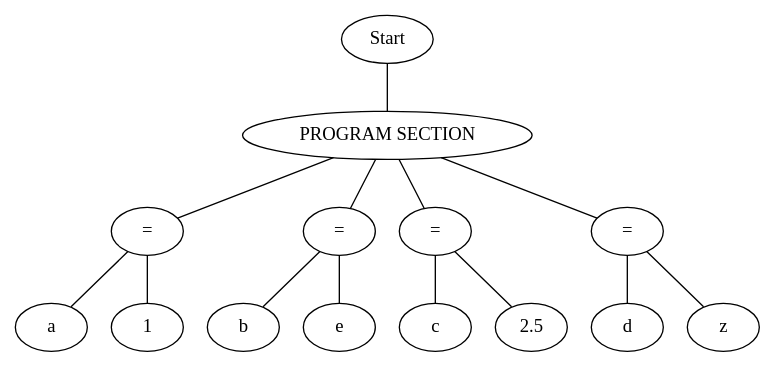
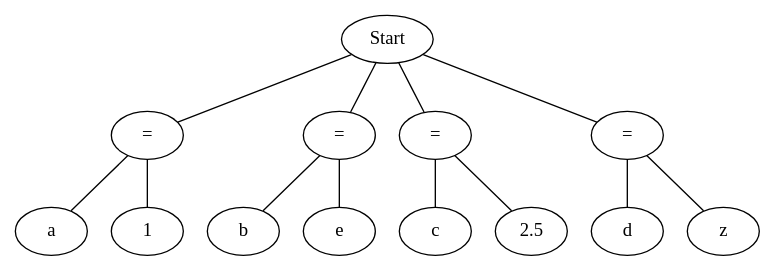
One commit to pitta1881/TEO1-Lexico changed the diagram in arbol.dot. Above: the diagram before and after it, drawn with Graphviz. The commit also changed 5 other files, not shown here.

Commit message:
remove program section node

```diff
--- a/arbol.dot
+++ b/arbol.dot
@@ -1,28 +1,26 @@
 graph G {node_start [label="Start"]
-nodo_73604635 [label="PROGRAM SECTION"]
-node_start -- nodo_73604635
-nodo_1496350681 [label="="]
-nodo_73604635 -- nodo_1496350681
-nodo_981727902 [label="a"]
-nodo_1496350681 -- nodo_981727902
-nodo_1427782106 [label="1"]
-nodo_1496350681 -- nodo_1427782106
-nodo_431382684 [label="="]
-nodo_73604635 -- nodo_431382684
-nodo_1126308548 [label="b"]
-nodo_431382684 -- nodo_1126308548
-nodo_1716539188 [label="e"]
-nodo_431382684 -- nodo_1716539188
-nodo_1644199629 [label="="]
-nodo_73604635 -- nodo_1644199629
-nodo_1209553041 [label="c"]
-nodo_1644199629 -- nodo_1209553041
-nodo_465540972 [label="2.5"]
-nodo_1644199629 -- nodo_465540972
-nodo_2138198720 [label="="]
-nodo_73604635 -- nodo_2138198720
-nodo_509980149 [label="d"]
-nodo_2138198720 -- nodo_509980149
-nodo_343140976 [label="z"]
-nodo_2138198720 -- nodo_343140976
+nodo_1620616282 [label="="]
+node_start -- nodo_1620616282
+nodo_1508167779 [label="a"]
+nodo_1620616282 -- nodo_1508167779
+nodo_2122314649 [label="1"]
+nodo_1620616282 -- nodo_2122314649
+nodo_190485095 [label="="]
+node_start -- nodo_190485095
+nodo_251741253 [label="b"]
+nodo_190485095 -- nodo_251741253
+nodo_1880746510 [label="e"]
+nodo_190485095 -- nodo_1880746510
+nodo_1903901871 [label="="]
+node_start -- nodo_1903901871
+nodo_787300685 [label="c"]
+nodo_1903901871 -- nodo_787300685
+nodo_734731193 [label="2.5"]
+nodo_1903901871 -- nodo_734731193
+nodo_339598676 [label="="]
+node_start -- nodo_339598676
+nodo_1015743800 [label="d"]
+nodo_339598676 -- nodo_1015743800
+nodo_2024328397 [label="z"]
+nodo_339598676 -- nodo_2024328397
 }
```
